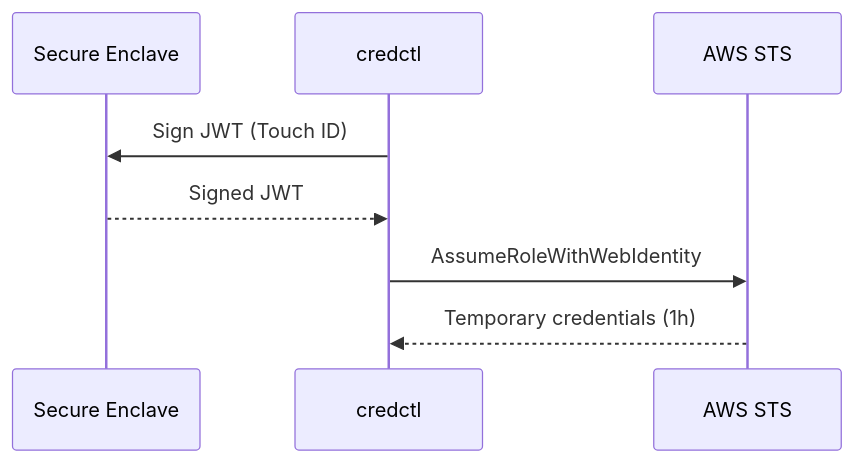
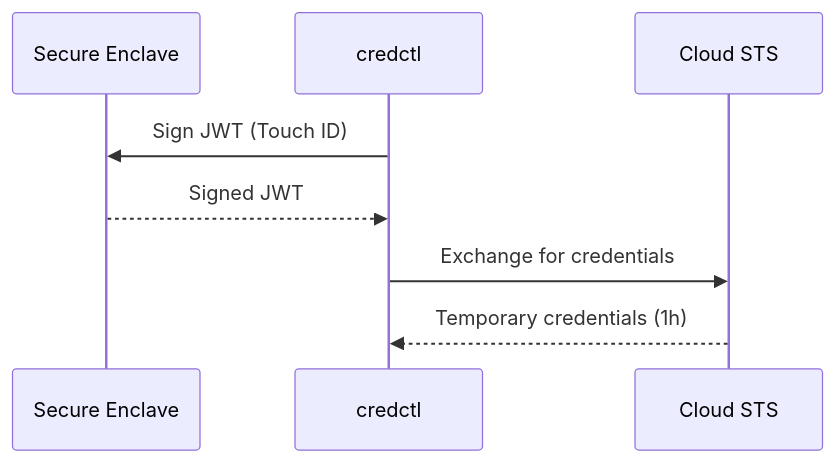
The diagram in README.md (credctl/credctl), drawn with Mermaid before and after one commit. The commit also changed other lines of this file and 17 other files, not shown here.

````diff
--- a/README.md
+++ b/README.md
@@ -13,11 +13,11 @@
 ```mermaid
 sequenceDiagram
     participant SE as Secure Enclave
     participant CLI as credctl
-    participant STS as AWS STS
+    participant STS as Cloud STS
 
     CLI->>SE: Sign JWT (Touch ID)
     SE-->>CLI: Signed JWT
-    CLI->>STS: AssumeRoleWithWebIdentity
+    CLI->>STS: Exchange for credentials
     STS-->>CLI: Temporary credentials (1h)
 ```
````
